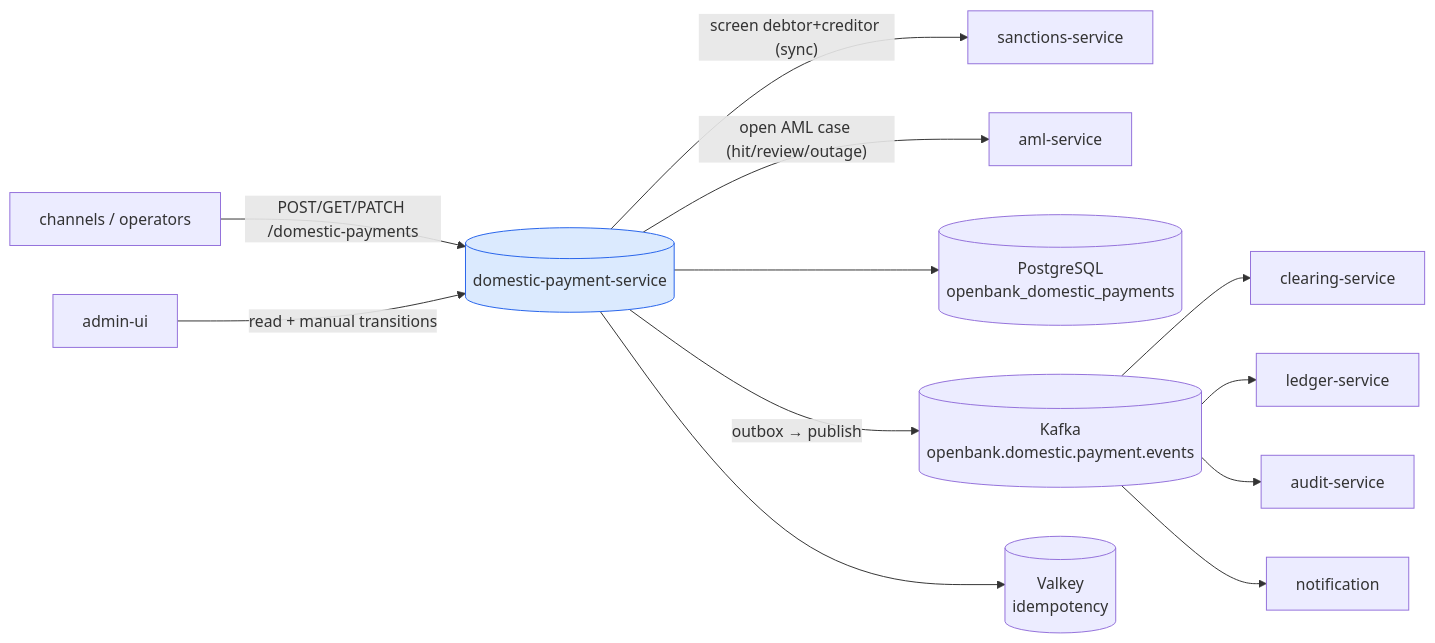
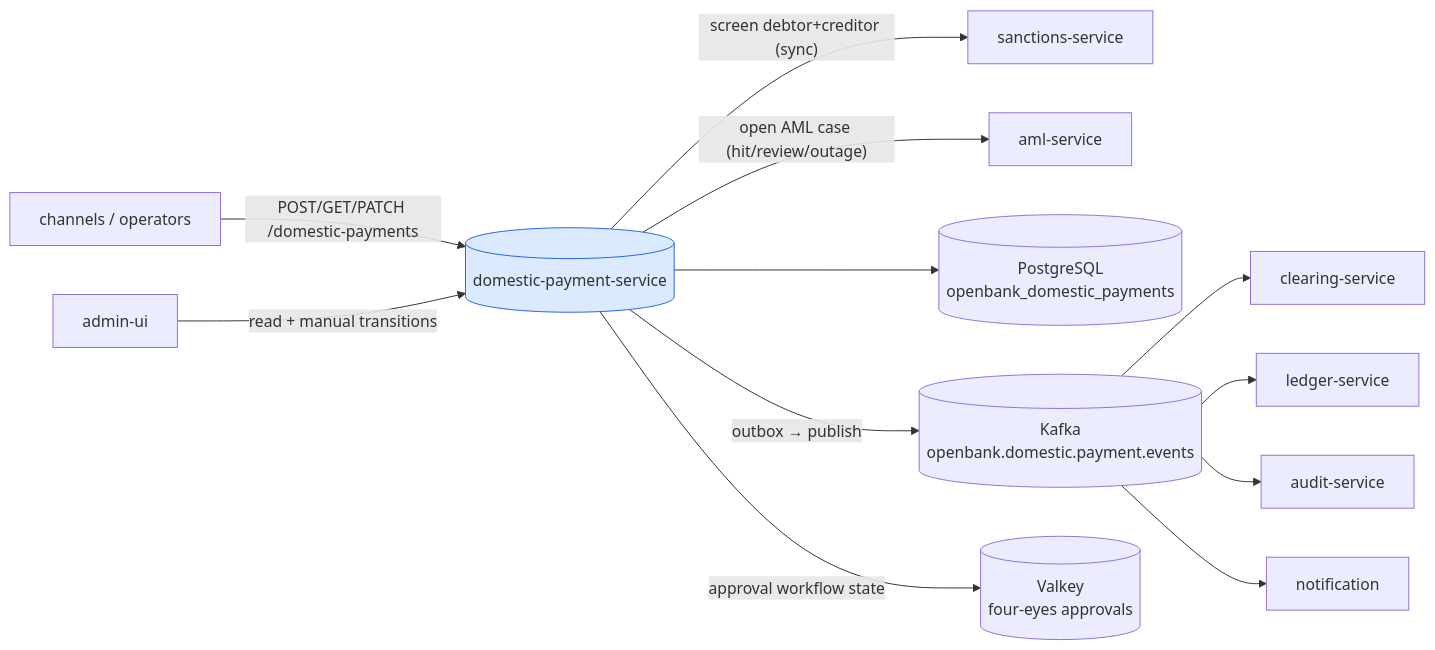
Before and after one commit to JiRaska/open-bank-oss: the first of 4 diagrams in openbank-domestic-payment/src/main/resources/docs/02-architecture.en.md, drawn with Mermaid. The commit also changed other lines of this file and 74 other files, not shown here.

````diff
--- a/openbank-domestic-payment/src/main/resources/docs/02-architecture.en.md
+++ b/openbank-domestic-payment/src/main/resources/docs/02-architecture.en.md
@@ -5,32 +5,32 @@
 ```mermaid
 graph LR
   ch[channels / operators]
   admin[admin-ui]
   sanc[sanctions-service]
   aml[aml-service]
   clr[clearing-service]
   led[ledger-service]
   audit[audit-service]
   notif[notification]
 
   dp[(domestic-payment-service)]:::svc
   db[(PostgreSQL<br/>openbank_domestic_payments)]
   kafka[(Kafka<br/>openbank.domestic.payment.events)]
-  redis[(Valkey<br/>idempotency)]
+  redis[(Valkey<br/>four-eyes approvals)]
 
   ch -- "POST/GET/PATCH /domestic-payments" --> dp
   admin -- "read + manual transitions" --> dp
   dp -- "screen debtor+creditor (sync)" --> sanc
   dp -- "open AML case (hit/review/outage)" --> aml
 
   dp --> db
   dp -- "outbox → publish" --> kafka
-  dp --> redis
+  dp -- "approval workflow state" --> redis
 
   kafka --> clr
   kafka --> led
   kafka --> audit
   kafka --> notif
 
   classDef svc fill:#dbeafe,stroke:#2563eb
 ```
````
